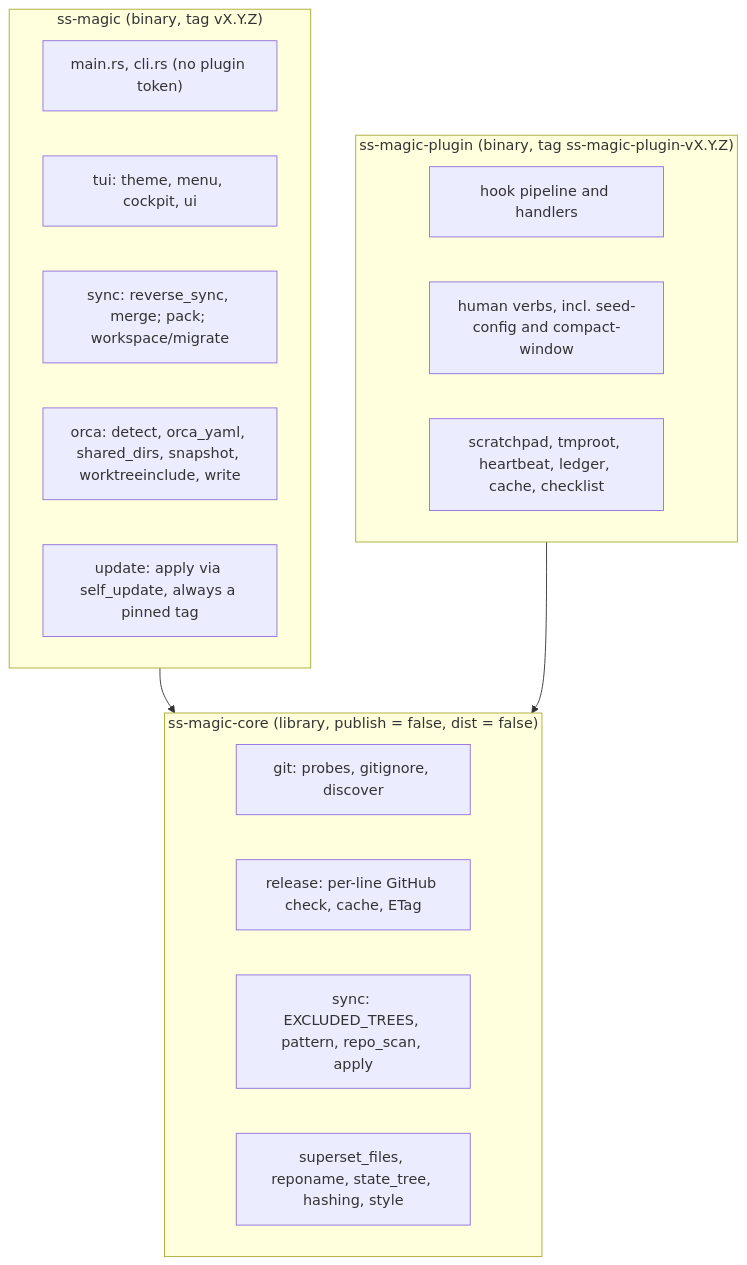
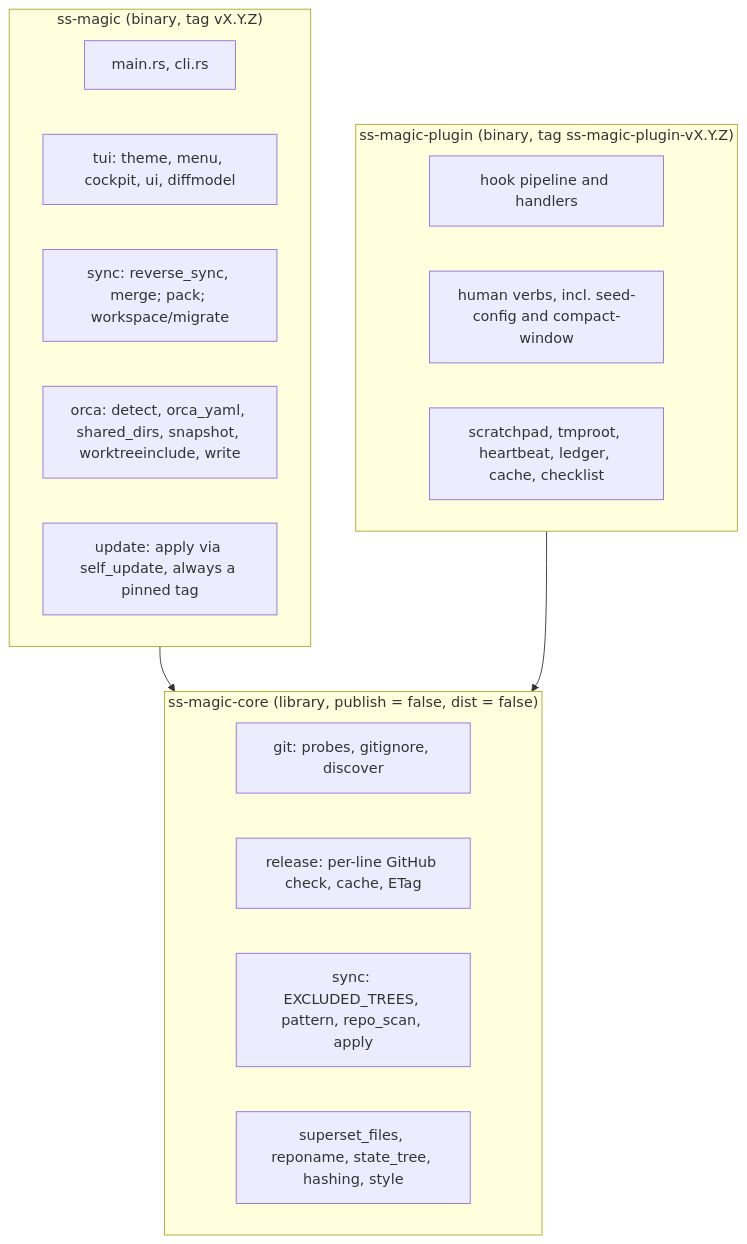
Before and after one commit to ViktorStiskala/superset-magic: the diagram in CLAUDE.md, drawn with Mermaid. The commit also changed other lines of this file and 13 other files, not shown here.

````diff
--- a/CLAUDE.md
+++ b/CLAUDE.md
@@ -122,23 +120,23 @@
 ```mermaid
 flowchart TB
   subgraph core["ss-magic-core (library, publish = false, dist = false)"]
     g["git: probes, gitignore, discover"]
     r["release: per-line GitHub check, cache, ETag"]
     s["sync: EXCLUDED_TREES, pattern, repo_scan, apply"]
     m["superset_files, reponame, state_tree, hashing, style"]
   end
   subgraph cli["ss-magic (binary, tag vX.Y.Z)"]
-    cm["main.rs, cli.rs (no plugin token)"]
-    ct["tui: theme, menu, cockpit, ui"]
+    cm["main.rs, cli.rs"]
+    ct["tui: theme, menu, cockpit, ui, diffmodel"]
     ce["sync: reverse_sync, merge; pack; workspace/migrate"]
     co["orca: detect, orca_yaml, shared_dirs, snapshot, worktreeinclude, write"]
     cu["update: apply via self_update, always a pinned tag"]
   end
   subgraph plug["ss-magic-plugin (binary, tag ss-magic-plugin-vX.Y.Z)"]
     ph["hook pipeline and handlers"]
     pv["human verbs, incl. seed-config and compact-window"]
     ps["scratchpad, tmproot, heartbeat, ledger, cache, checklist"]
   end
   cli --> core
   plug --> core
 ```
````
